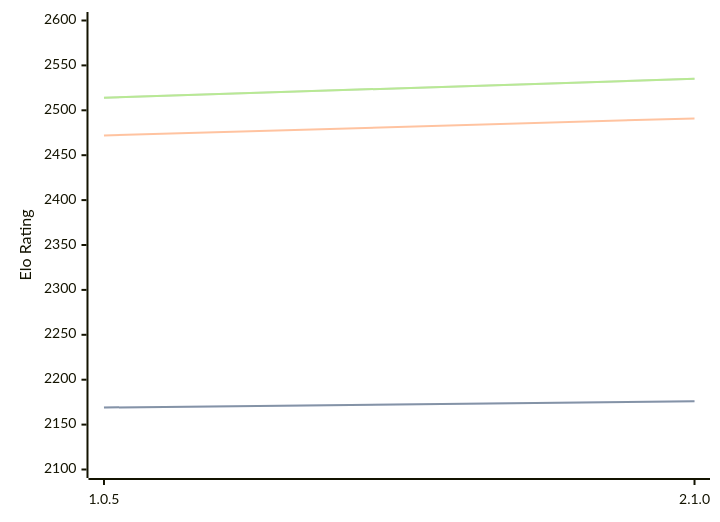
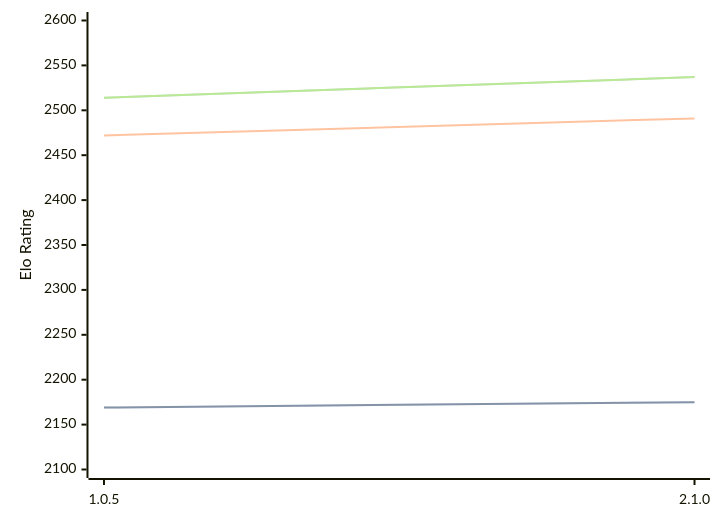
Before and after one commit to computer-chess-index/cci: the diagram in engines/Ruffian.md, drawn with Mermaid. The commit also changed other lines of this file, not shown here.

Commit message:
Update CCI Ratings (ELO VLTC) - 2026-04-09

````diff
--- a/engines/Ruffian.md
+++ b/engines/Ruffian.md
@@ -32,11 +32,11 @@
 ```mermaid
 %%{init: {"theme":"base","themeVariables":{"seriesColors:['#a3a3a3','#222221','#faa371']}}}%%
 xychart-beta
   x-axis ["1.0.5", "2.1.0"]
   y-axis "Elo Rating" 2100 --> 2600
-  line "STC (8.0+0.08s)" [2169, 2176]
-  line "STC (8.0+0.08s)" [2169, 2176]
+  line "STC (8.0+0.08s)" [2169, 2175]
+  line "STC (8.0+0.08s)" [2169, 2175]
   line "LTC (60.0+0.60s)" [2472, 2491]
-  line "VLTC (2m24s+1.12s)" [2514, 2535]
-  line "VLTC (2m24s+1.12s)" [2514, 2535]
+  line "VLTC (2m24s+1.12s)" [2514, 2537]
+  line "VLTC (2m24s+1.12s)" [2514, 2537]
 ```
````
